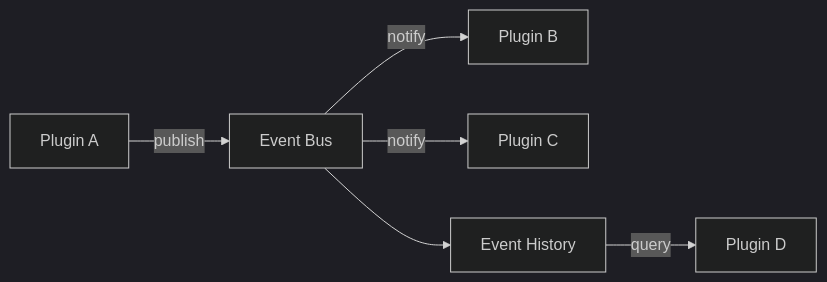
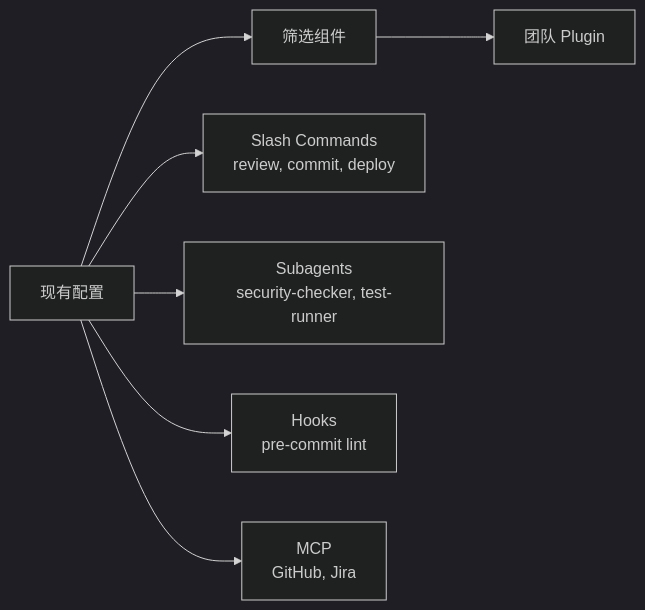
The third of 4 diagrams in 10-plugins/README.md (hellojoju/claude-code-lesson), drawn with Mermaid (dark theme) before and after one commit. The commit also changed other lines of this file and 11 other files, not shown here.

````diff
--- a/10-plugins/README.md
+++ b/10-plugins/README.md
@@ -767,9 +201,10 @@
 ```mermaid
 graph LR
-    A["Plugin A"] -->|publish| B["Event Bus"]
-    B -->|notify| C["Plugin B"]
-    B -->|notify| D["Plugin C"]
-    
-    B --> E["Event History"]
-    E -->|query| F["Plugin D"]
+    A["现有配置"] --> B["筛选组件"]
+    B --> C["团队 Plugin"]
+
+    A --> A1["Slash Commands<br/>review, commit, deploy"]
+    A --> A2["Subagents<br/>security-checker, test-runner"]
+    A --> A3["Hooks<br/>pre-commit lint"]
+    A --> A4["MCP<br/>GitHub, Jira"]
 ```
````
